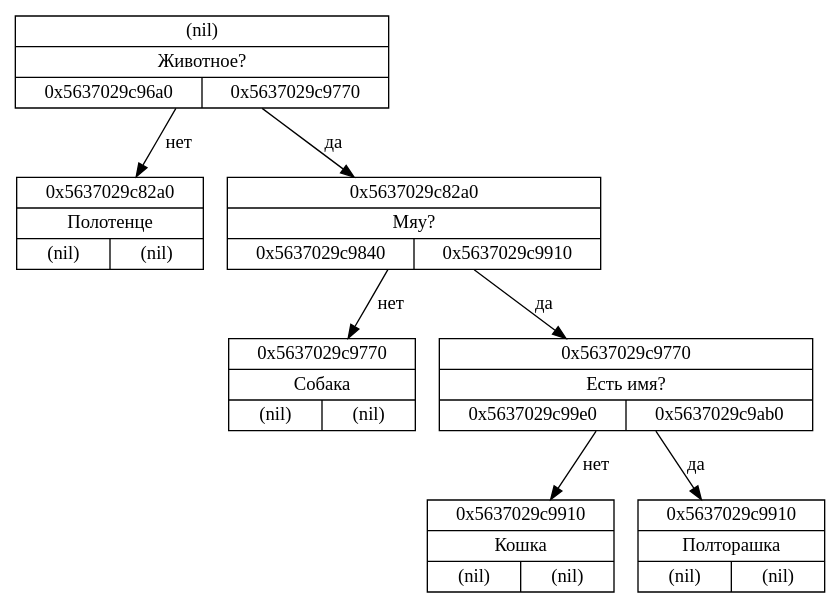
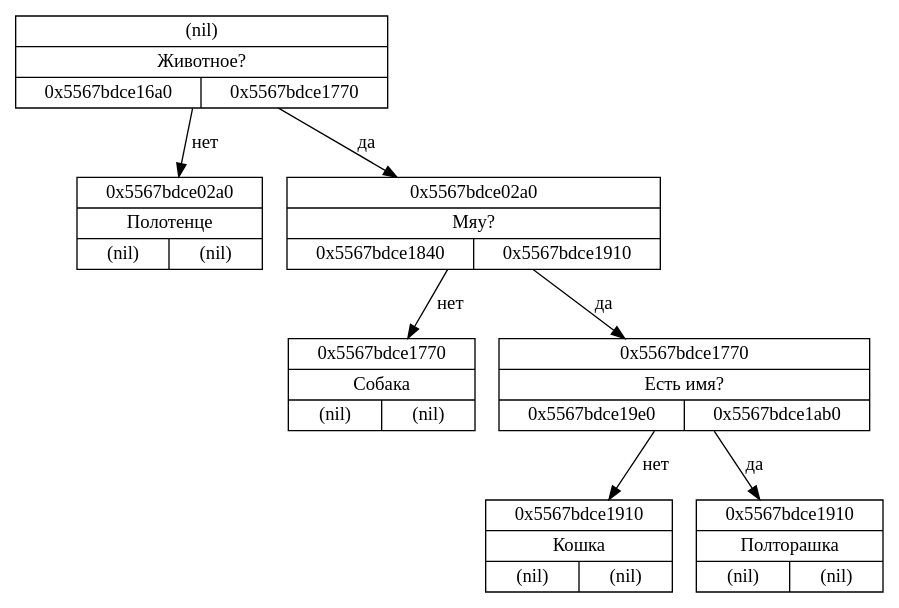
The diagram in dot.dot (asbolt/tree), drawn with Graphviz before and after one commit. The commit also changed 4 other files, not shown here.

```diff
--- a/dot.dot
+++ b/dot.dot
@@ -1,16 +1,16 @@
 digraph G{
 rankdir=HR;
-node0x5637029c82a0 [shape=record, label = "{(nil) | {Животное?} | {0x5637029c96a0 | 0x5637029c9770}}", rang = 0]
-node0x5637029c96a0 [shape=record, label = "{0x5637029c82a0 | {Полотенце} | {(nil) | (nil)}}", rang = 1]
-node0x5637029c9770 [shape=record, label = "{0x5637029c82a0 | {Мяу?} | {0x5637029c9840 | 0x5637029c9910}}", rang = 1]
-node0x5637029c9840 [shape=record, label = "{0x5637029c9770 | {Собака} | {(nil) | (nil)}}", rang = 2]
-node0x5637029c9910 [shape=record, label = "{0x5637029c9770 | {Есть имя?} | {0x5637029c99e0 | 0x5637029c9ab0}}", rang = 2]
-node0x5637029c99e0 [shape=record, label = "{0x5637029c9910 | {Кошка} | {(nil) | (nil)}}", rang = 3]
-node0x5637029c9ab0 [shape=record, label = "{0x5637029c9910 | {Полторашка} | {(nil) | (nil)}}", rang = 3]
-node0x5637029c82a0 -> node0x5637029c96a0 [label = "нет"]
-node0x5637029c82a0 -> node0x5637029c9770 [label = "да"]
-node0x5637029c9770 -> node0x5637029c9840 [label = "нет"]
-node0x5637029c9770 -> node0x5637029c9910 [label = "да"]
-node0x5637029c9910 -> node0x5637029c99e0 [label = "нет"]
-node0x5637029c9910 -> node0x5637029c9ab0 [label = "да"]
+node0x5567bdce02a0 [shape=record, label = "{(nil) | {Животное?} | {0x5567bdce16a0 | 0x5567bdce1770}}", rang = 0]
+node0x5567bdce16a0 [shape=record, label = "{0x5567bdce02a0 | {Полотенце} | {(nil) | (nil)}}", rang = 1]
+node0x5567bdce1770 [shape=record, label = "{0x5567bdce02a0 | {Мяу?} | {0x5567bdce1840 | 0x5567bdce1910}}", rang = 1]
+node0x5567bdce1840 [shape=record, label = "{0x5567bdce1770 | {Собака} | {(nil) | (nil)}}", rang = 2]
+node0x5567bdce1910 [shape=record, label = "{0x5567bdce1770 | {Есть имя?} | {0x5567bdce19e0 | 0x5567bdce1ab0}}", rang = 2]
+node0x5567bdce19e0 [shape=record, label = "{0x5567bdce1910 | {Кошка} | {(nil) | (nil)}}", rang = 3]
+node0x5567bdce1ab0 [shape=record, label = "{0x5567bdce1910 | {Полторашка} | {(nil) | (nil)}}", rang = 3]
+node0x5567bdce02a0 -> node0x5567bdce16a0 [label = "нет"]
+node0x5567bdce02a0 -> node0x5567bdce1770 [label = "да"]
+node0x5567bdce1770 -> node0x5567bdce1840 [label = "нет"]
+node0x5567bdce1770 -> node0x5567bdce1910 [label = "да"]
+node0x5567bdce1910 -> node0x5567bdce19e0 [label = "нет"]
+node0x5567bdce1910 -> node0x5567bdce1ab0 [label = "да"]
 }
```
